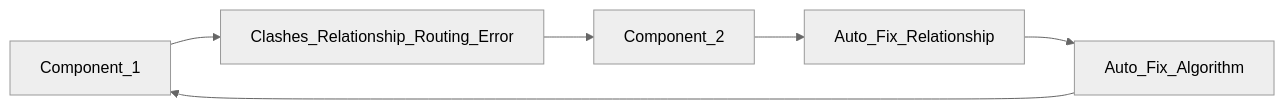
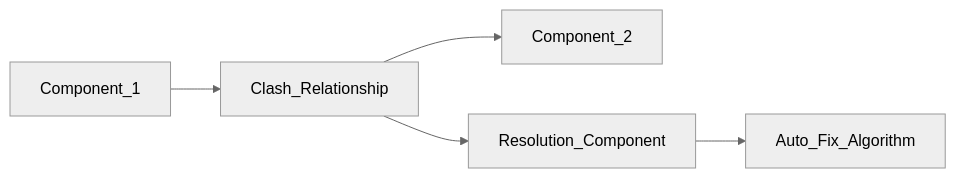
The diagram in README.md (magnetar-io/strange_matter_specification), drawn with Mermaid (neutral theme) before and after one commit. The commit also changed other lines of this file and 2 other files, not shown here.

````diff
--- a/README.md
+++ b/README.md
@@ -103,5 +180,5 @@
   ```mermaid
   flowchart LR
-      Component_1 --> Clashes_Relationship_Routing_Error
-  		 --> Component_2 -->Auto_Fix_Relationship-->Auto_Fix_Algorithm--> Component_1
-  ```
+    Component_1 --> Clash_Relationship --> Component_2
+    Clash_Relationship --> Resolution_Component --> Auto_Fix_Algorithm
+```
````
